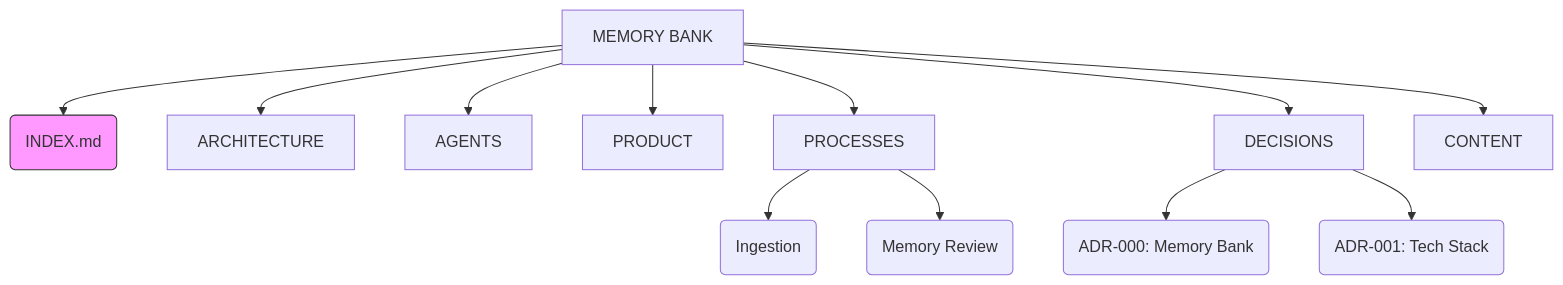
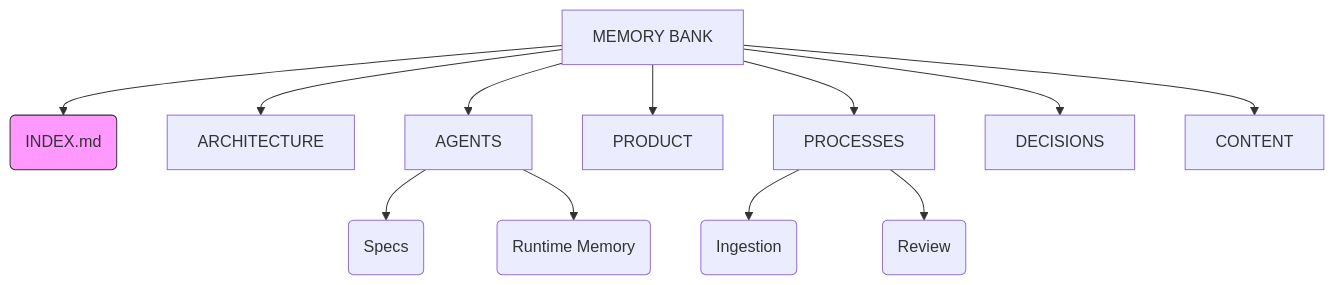
The diagram in docs/memory_bank/INDEX.md (NBN-WEST/leuniversita), drawn with Mermaid before and after one commit. The commit also changed other lines of this file and 28 other files, not shown here.

Commit message:
chore(release): v0.11.0 - Memory Bank Optimization (Structure & Canonization)

````diff
--- a/docs/memory_bank/INDEX.md
+++ b/docs/memory_bank/INDEX.md
@@ -20,19 +20,19 @@
 ```mermaid
 graph TD
     ROOT[MEMORY BANK] --> IDX(INDEX.md)
     
     ROOT --> ARC[ARCHITECTURE]
     ROOT --> AGT[AGENTS]
     ROOT --> PRD[PRODUCT]
     ROOT --> PRO[PROCESSES]
     ROOT --> DEC[DECISIONS]
     ROOT --> CNT[CONTENT]
     
     PRO --> P1(Ingestion)
-    PRO --> P2(Memory Review)
+    PRO --> P2(Review)
     
-    DEC --> D0(ADR-000: Memory Bank)
-    DEC --> D1(ADR-001: Tech Stack)
-    
+    AGT --> A1(Specs)
+    AGT --> A2(Runtime Memory)
+
     style IDX fill:#f9f,stroke:#333
 ```
````
